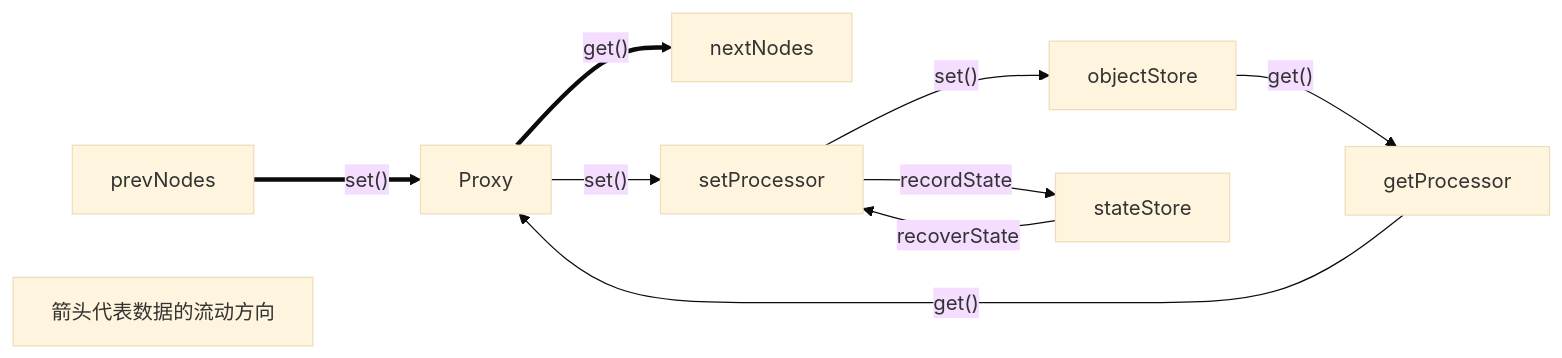
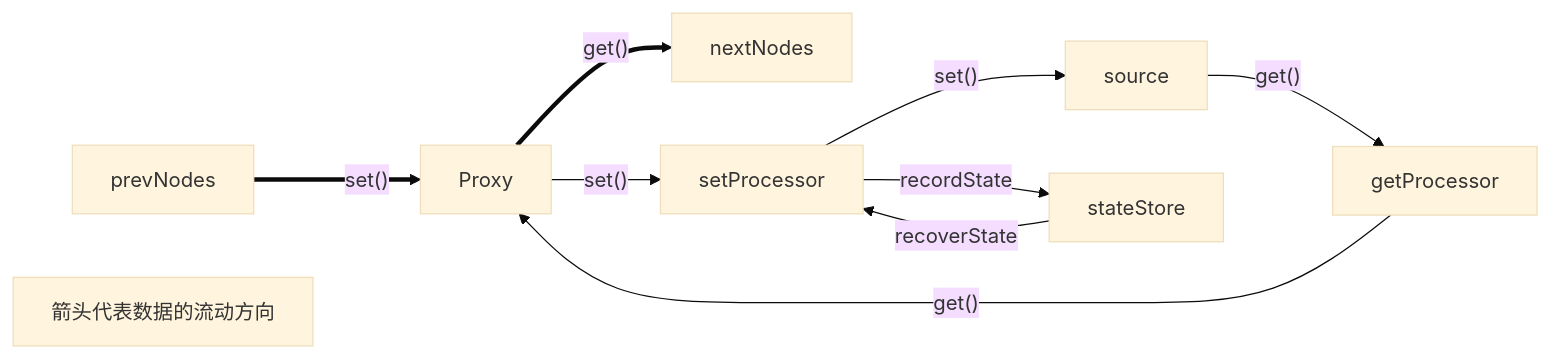
One commit to wheelsmake/dynamic-old changed the diagram in README.md. Above: the diagram before and after it, drawn with Mermaid (base theme). The commit also changed other lines of this file and 9 other files, not shown here.

````diff
--- a/README.md
+++ b/README.md
@@ -360,12 +386,12 @@
 ```mermaid
 graph LR
 Proxy=="get()"==>nextNodes
 getProcessor--"get()"-->Proxy
-objectStore--"get()"-->getProcessor
+source--"get()"-->getProcessor
 prevNodes=="set()"==>Proxy
 Proxy--"set()"-->setProcessor
-setProcessor--"set()"-->objectStore
+setProcessor--"set()"-->source
 setProcessor--recordState-->stateStore
 stateStore--recoverState-->setProcessor
 箭头代表数据的流动方向
 ```
````
